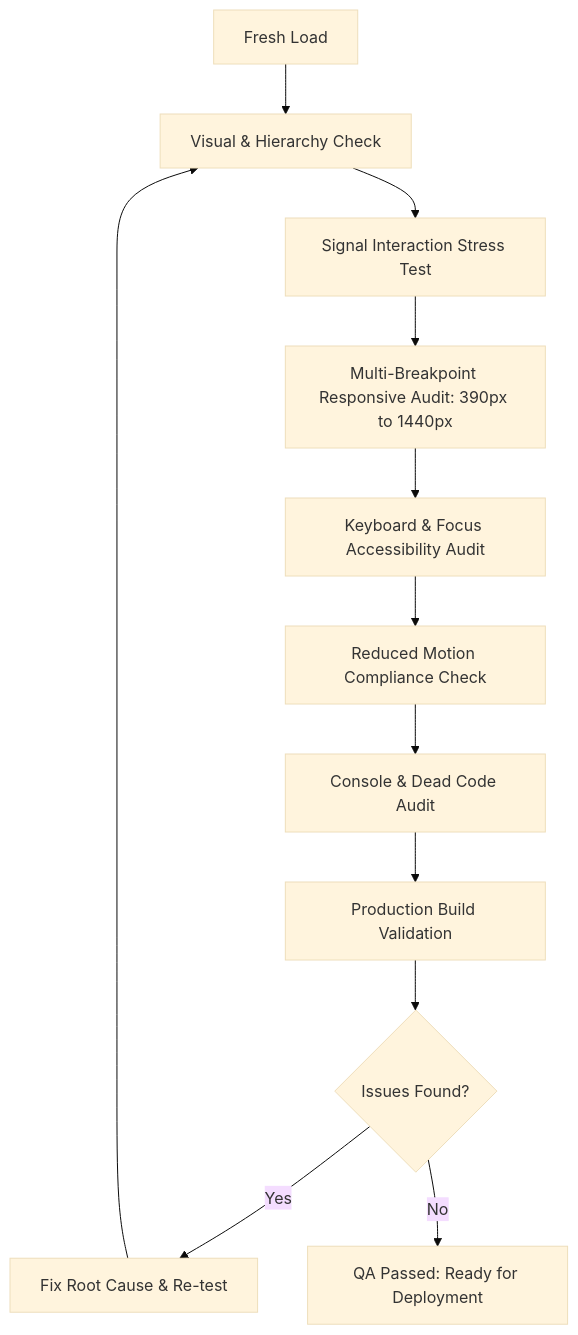
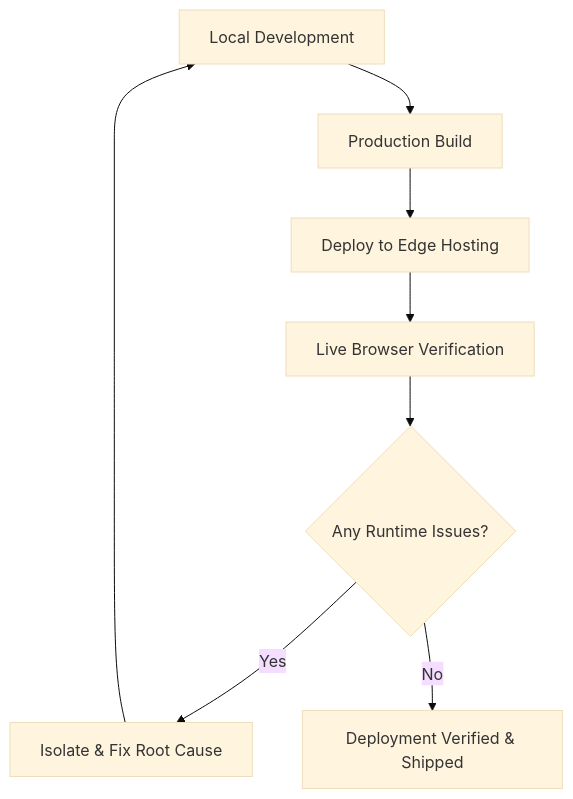
One commit to Yuvraj264/Signal-Acdyon-company- changed diagram 14 of 14 in DECISIONS.md. Above: the diagram before and after it, drawn with Mermaid (base theme). The commit also changed other lines of this file and 2 other files, not shown here.

Commit message:
Production verification

````diff
--- a/DECISIONS.md
+++ b/DECISIONS.md
@@ -433,14 +504,10 @@
 ```mermaid
 flowchart TD
-    A[Fresh Load] --> B[Visual & Hierarchy Check]
-    B --> C[Signal Interaction Stress Test]
-    C --> D[Multi-Breakpoint Responsive Audit: 390px to 1440px]
-    D --> E[Keyboard & Focus Accessibility Audit]
-    E --> F[Reduced Motion Compliance Check]
-    F --> G[Console & Dead Code Audit]
-    G --> H[Production Build Validation]
-    H --> I{Issues Found?}
-    I -->|Yes| J[Fix Root Cause & Re-test]
-    J --> B
-    I -->|No| K[QA Passed: Ready for Deployment]
+    A[Local Development] --> B[Production Build]
+    B --> C[Deploy to Edge Hosting]
+    C --> D[Live Browser Verification]
+    D --> E{Any Runtime Issues?}
+    E -->|Yes| F[Isolate & Fix Root Cause]
+    F --> A
+    E -->|No| G[Deployment Verified & Shipped]
 ```
````
